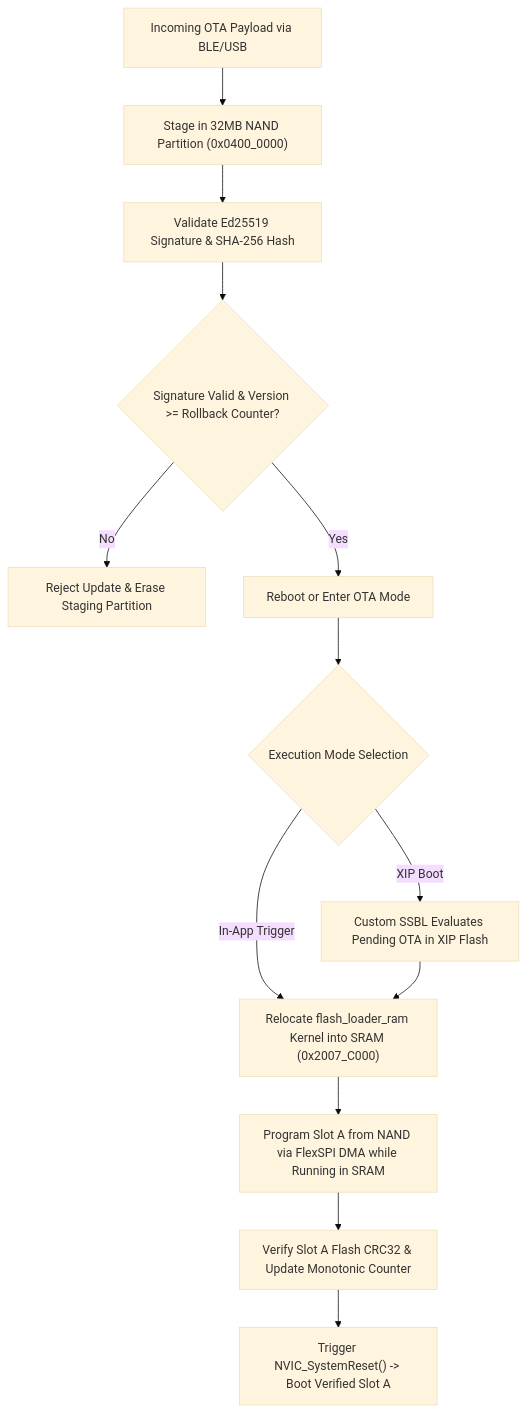
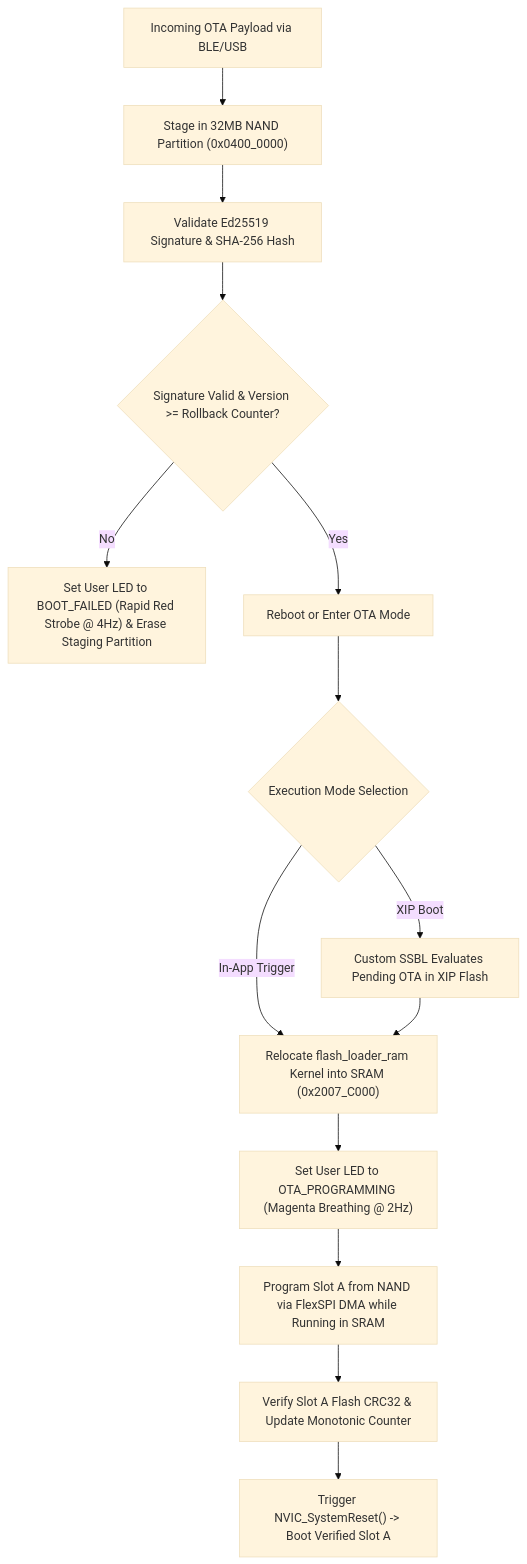
One commit to picklethecat1488-hue/firmware changed the first of 2 diagrams in app/carrier_board.md. Above: the diagram before and after it, drawn with Mermaid (base theme). The commit also changed other lines of this file and 3 other files, not shown here.

````diff
--- a/app/carrier_board.md
+++ b/app/carrier_board.md
@@ -178,15 +210,16 @@
    ```mermaid
    flowchart TD
        A["Incoming OTA Payload via BLE/USB"] --> B["Stage in 32MB NAND Partition (0x0400_0000)"]
        B --> C["Validate Ed25519 Signature & SHA-256 Hash"]
        C --> D{"Signature Valid & Version >= Rollback Counter?"}
-       D -- No --> E["Reject Update & Erase Staging Partition"]
+       D -- No --> E["Set User LED to BOOT_FAILED (Rapid Red Strobe @ 4Hz) & Erase Staging Partition"]
        D -- Yes --> F["Reboot or Enter OTA Mode"]
        F --> G{"Execution Mode Selection"}
        G -- XIP Boot --> H["Custom SSBL Evaluates Pending OTA in XIP Flash"]
        G -- In-App Trigger --> I["Relocate flash_loader_ram Kernel into SRAM (0x2007_C000)"]
        H --> I
-       I --> J["Program Slot A from NAND via FlexSPI DMA while Running in SRAM"]
-       J --> K["Verify Slot A Flash CRC32 & Update Monotonic Counter"]
-       K --> L["Trigger NVIC_SystemReset() -> Boot Verified Slot A"]
+       I --> J["Set User LED to OTA_PROGRAMMING (Magenta Breathing @ 2Hz)"]
+       J --> K["Program Slot A from NAND via FlexSPI DMA while Running in SRAM"]
+       K --> L["Verify Slot A Flash CRC32 & Update Monotonic Counter"]
+       L --> M["Trigger NVIC_SystemReset() -> Boot Verified Slot A"]
    ```
````
